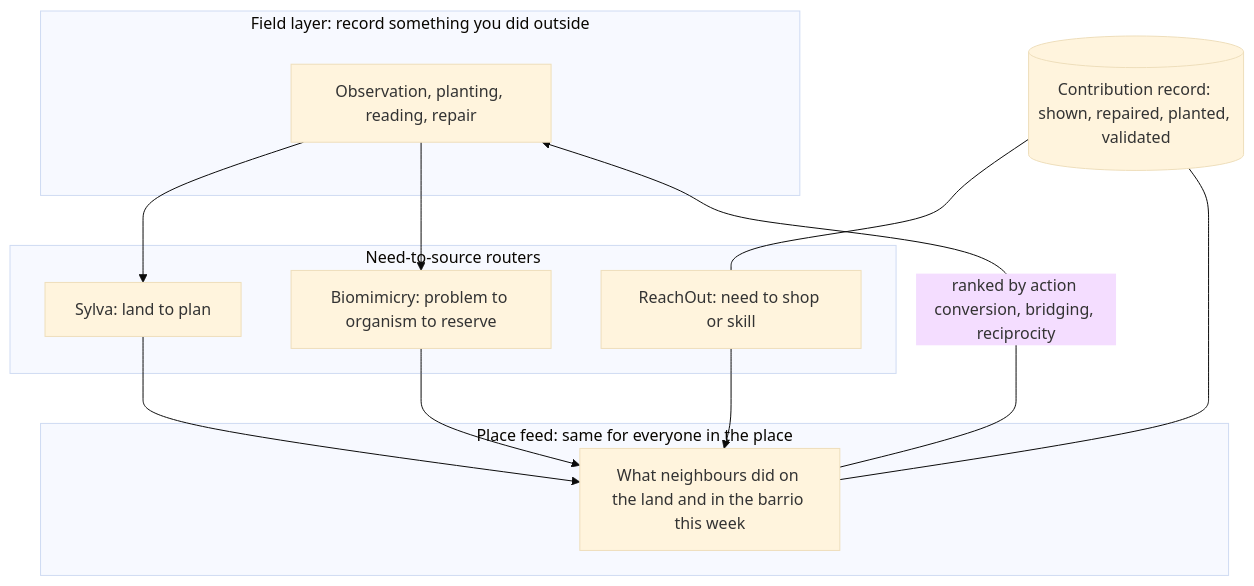
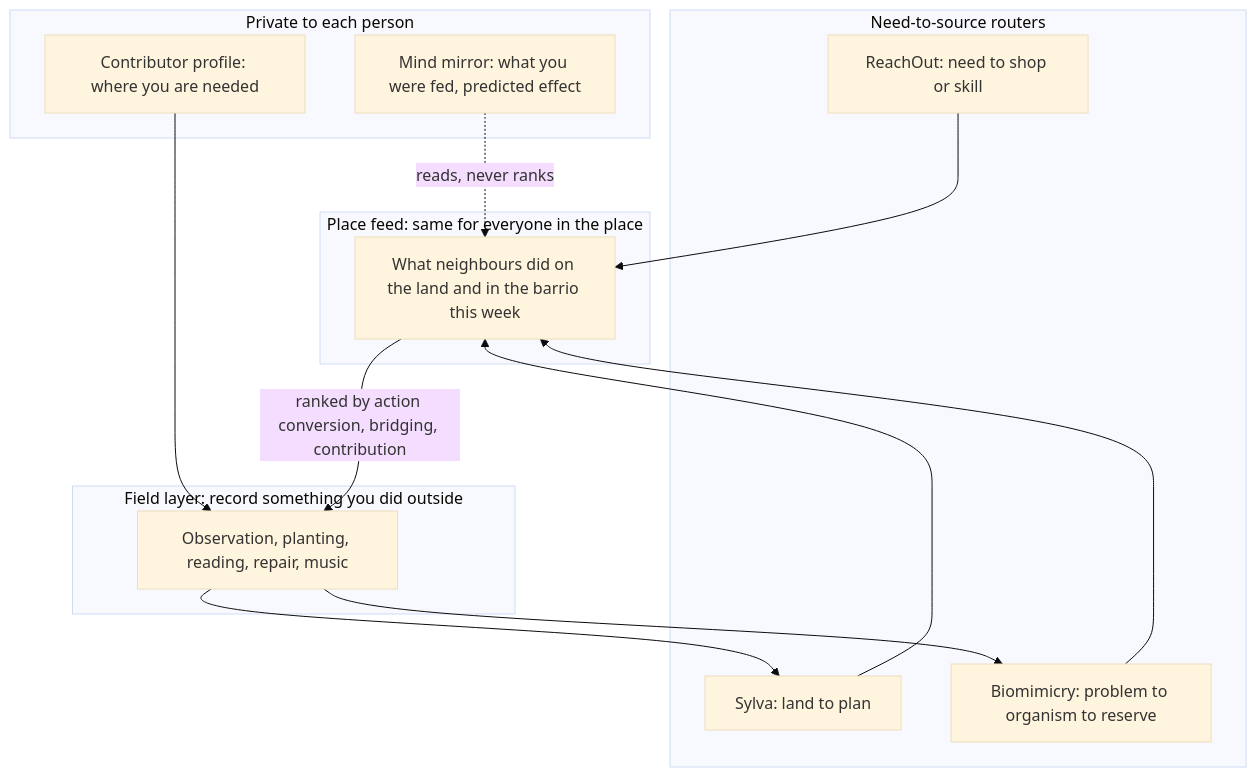
One commit to Reflex-1bit/sylva changed the diagram in connected-systems/04-connection-algorithm.md. Above: the diagram before and after it, drawn with Mermaid (base theme). The commit also changed other lines of this file and 6 other files, not shown here.

````diff
--- a/connected-systems/04-connection-algorithm.md
+++ b/connected-systems/04-connection-algorithm.md
@@ -101,22 +143,26 @@
 ```mermaid
 flowchart TB
+  subgraph Person["Private to each person"]
+    MM[Mind mirror: what you were fed, predicted effect]
+    CP[Contributor profile: where you are needed]
+  end
   subgraph Field["Field layer: record something you did outside"]
-    O[Observation, planting, reading, repair]
+    O[Observation, planting, reading, repair, music]
   end
   subgraph Routers["Need-to-source routers"]
     RO[ReachOut: need to shop or skill]
     SY[Sylva: land to plan]
     BM[Biomimicry: problem to organism to reserve]
   end
   subgraph Feed["Place feed: same for everyone in the place"]
     PF[What neighbours did on the land and in the barrio this week]
   end
+  CP --> O
   O --> SY
   O --> BM
   RO --> PF
   SY --> PF
   BM --> PF
-  PF -- "ranked by action conversion, bridging, reciprocity" --> O
-  L[(Contribution record: shown, repaired, planted, validated)] --- RO
-  L --- PF
+  PF -- "ranked by action conversion, bridging, contribution" --> O
+  MM -. "reads, never ranks" .-> PF
 ```
````
